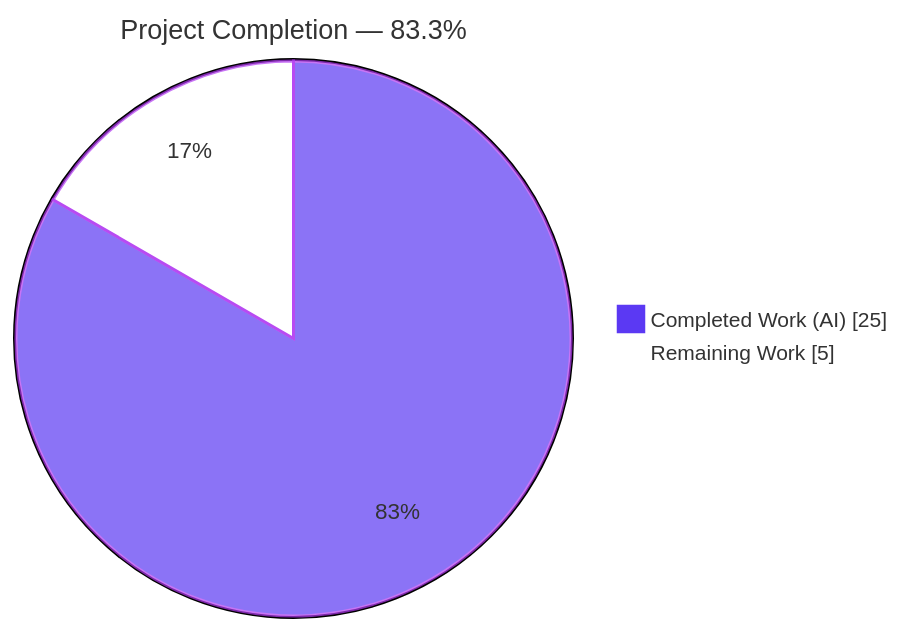
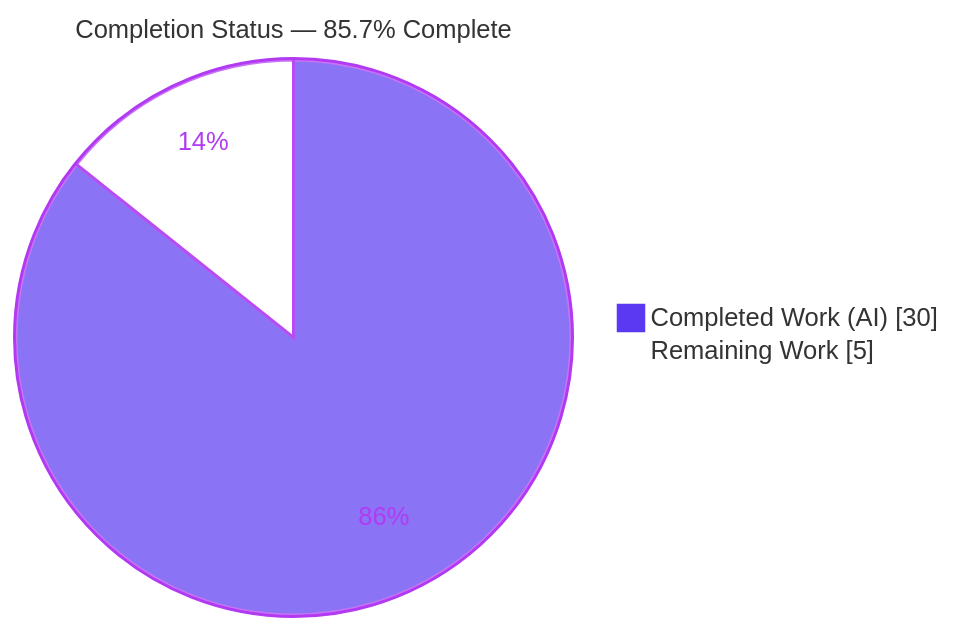
Before and after one commit to ajitblitzy/Society_mngt_300K_Nested: the first of 3 diagrams in blitzy/documentation/Project Guide.md, drawn with Mermaid. The commit also changed other lines of this file, not shown here.

Commit message:
Adding Blitzy Project Guide: Project Status and Human Tasks Remaining

````diff
--- a/blitzy/documentation/Project Guide.md
+++ b/blitzy/documentation/Project Guide.md
@@ -17,7 +16,6 @@
 ```mermaid
-%%{init: {'theme':'base', 'themeVariables': {'pie1':'#5B39F3','pie2':'#FFFFFF','pieStrokeColor':'#B23AF2','pieStrokeWidth':'2px','pieOuterStrokeWidth':'2px','pieTitleTextSize':'18px','pieSectionTextSize':'15px','pieLegendTextSize':'14px'}}}%%
-pie showData
-title Project Completion — 83.3%
-    "Completed Work (AI)" : 25
+%%{init: {'theme':'base', 'themeVariables': {'pie1':'#5B39F3','pie2':'#FFFFFF','pieStrokeColor':'#B23AF2','pieOuterStrokeColor':'#B23AF2','pieSectionTextColor':'#B23AF2','pieTitleTextSize':'17px','pieStrokeWidth':'2px','pieOuterStrokeWidth':'2px'}}}%%
+pie showData title Completion Status — 85.7% Complete
+    "Completed Work (AI)" : 30
     "Remaining Work" : 5
 ```
````
